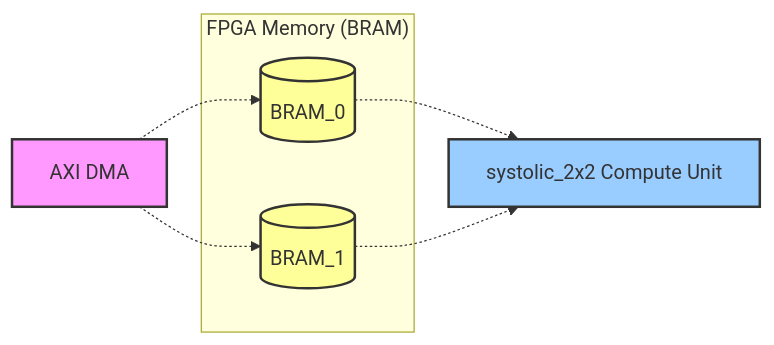
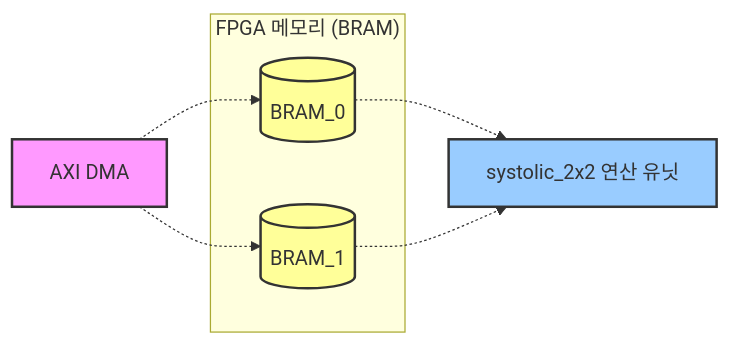
Before and after one commit to hwkim-dev/NPU-FPGA-Transformer-Accelerator-KV260: the first of 3 diagrams in Architecture/Ping-Pong_BRAM_Controller.md, drawn with Mermaid. The commit also changed other lines of this file and 111 other files, not shown here.

````diff
--- a/Architecture/Ping-Pong_BRAM_Controller.md
+++ b/Architecture/Ping-Pong_BRAM_Controller.md
@@ -74,22 +62,22 @@
 ```mermaid
 graph LR
     DMA[AXI DMA]:::input
     
-    subgraph "FPGA Memory (BRAM)"
+    subgraph "FPGA 메모리 (BRAM)"
         B0[("BRAM_0")]:::memory
         B1[("BRAM_1")]:::memory
     end
     
-    SYS[systolic_2x2 Compute Unit]:::logic
+    SYS[systolic_2x2 연산 유닛]:::logic
 
-    %% Style definitions
+    %% 스타일 정의
     classDef input fill:#f9f,stroke:#333,stroke-width:2px;
     classDef memory fill:#ff9,stroke:#333,stroke-width:2px;
     classDef logic fill:#9cf,stroke:#333,stroke-width:2px;
 
-    %% Conceptual connections
+    %% 연결선 (개념적)
     DMA -.-> B0
     DMA -.-> B1
     B0 -.-> SYS
     B1 -.-> SYS
 ```
````
